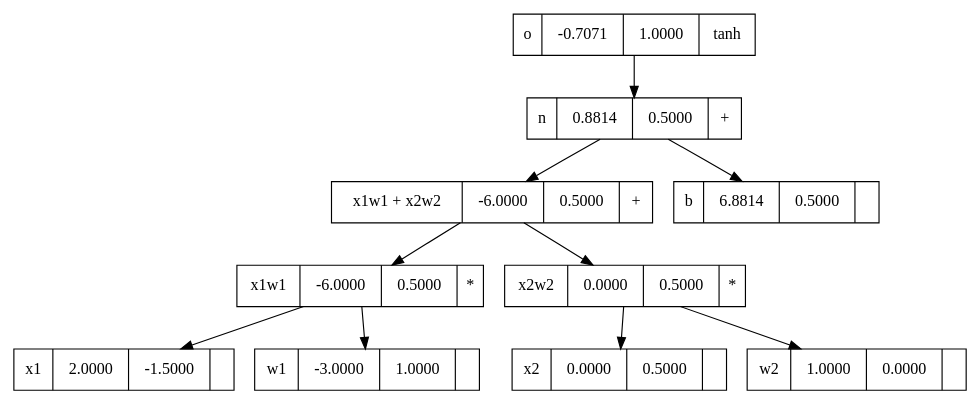
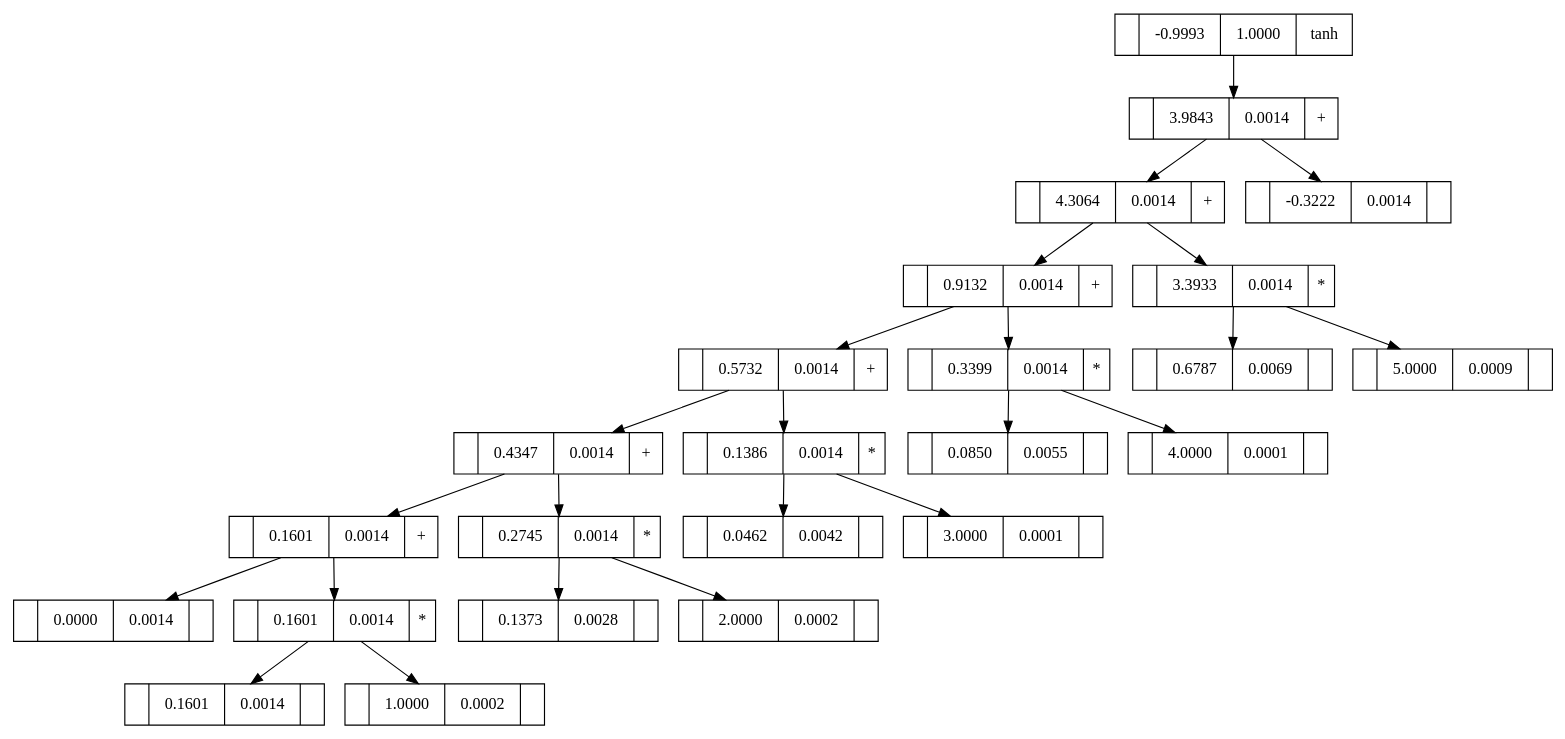
The diagram in graph.dot (gavi/micrograd_cs), drawn with Graphviz before and after one commit. The commit also changed 2 other files, not shown here.

```diff
--- a/graph.dot
+++ b/graph.dot
@@ -1,21 +1,49 @@
 digraph Micrograd { 
-	"368db4e5-c326-4a61-a257-a16bd6cb3056"[label="o|-0.7071|1.0000|tanh",shape=record]; 
-	"878d49e0-097a-45f2-baee-cfd4435af5c4"[label="n|0.8814|0.5000|+",shape=record]; 
-	"7fc4d226-8fc6-41f8-9491-c3a3167baaf2"[label="x1w1 + x2w2|-6.0000|0.5000|+",shape=record]; 
-	"76f8e777-cb60-45e5-ad1e-098ca1684314"[label="x1w1|-6.0000|0.5000|*",shape=record]; 
-	"0bdf9963-03c3-4d05-9937-0e0eba98ed0b"[label="x1|2.0000|-1.5000|",shape=record]; 
-	"76f8e777-cb60-45e5-ad1e-098ca1684314" -> "0bdf9963-03c3-4d05-9937-0e0eba98ed0b"; 
-	"567293ea-033e-46a7-9925-e96d0a7075d5"[label="w1|-3.0000|1.0000|",shape=record]; 
-	"76f8e777-cb60-45e5-ad1e-098ca1684314" -> "567293ea-033e-46a7-9925-e96d0a7075d5"; 
-	"7fc4d226-8fc6-41f8-9491-c3a3167baaf2" -> "76f8e777-cb60-45e5-ad1e-098ca1684314"; 
-	"170d911d-6346-4775-8a7a-774df7356fc0"[label="x2w2|0.0000|0.5000|*",shape=record]; 
-	"36a5df9e-3969-4263-ba65-61eafc747ad5"[label="x2|0.0000|0.5000|",shape=record]; 
-	"170d911d-6346-4775-8a7a-774df7356fc0" -> "36a5df9e-3969-4263-ba65-61eafc747ad5"; 
-	"dcd297c1-7e6d-47ff-ba0e-ea599e11cea1"[label="w2|1.0000|0.0000|",shape=record]; 
-	"170d911d-6346-4775-8a7a-774df7356fc0" -> "dcd297c1-7e6d-47ff-ba0e-ea599e11cea1"; 
-	"7fc4d226-8fc6-41f8-9491-c3a3167baaf2" -> "170d911d-6346-4775-8a7a-774df7356fc0"; 
-	"878d49e0-097a-45f2-baee-cfd4435af5c4" -> "7fc4d226-8fc6-41f8-9491-c3a3167baaf2"; 
-	"4ec68864-d973-4e8c-8758-1a70593001b0"[label="b|6.8814|0.5000|",shape=record]; 
-	"878d49e0-097a-45f2-baee-cfd4435af5c4" -> "4ec68864-d973-4e8c-8758-1a70593001b0"; 
-	"368db4e5-c326-4a61-a257-a16bd6cb3056" -> "878d49e0-097a-45f2-baee-cfd4435af5c4"; 
+	"36851dc5-9260-447a-9e71-2bdfcf327304"[label="|-0.9993|1.0000|tanh",shape=record]; 
+	"3b8c49cb-c996-41b3-9909-4fffd3eaa673"[label="|3.9843|0.0014|+",shape=record]; 
+	"01fad1bf-d1cc-46e0-a6b7-e0de0a911778"[label="|4.3064|0.0014|+",shape=record]; 
+	"8f2ee170-f077-4f57-b421-a3e494282851"[label="|0.9132|0.0014|+",shape=record]; 
+	"9f47a4c8-cd40-4e00-bf4c-0f3a948baf6b"[label="|0.5732|0.0014|+",shape=record]; 
+	"b695c9e2-d055-4b75-96e2-66bb41ec6195"[label="|0.4347|0.0014|+",shape=record]; 
+	"040e7918-87bc-4630-9660-072cfb1a1e89"[label="|0.1601|0.0014|+",shape=record]; 
+	"1071bc2b-9e29-4ee4-93c4-89fe94dbc833"[label="|0.0000|0.0014|",shape=record]; 
+	"040e7918-87bc-4630-9660-072cfb1a1e89" -> "1071bc2b-9e29-4ee4-93c4-89fe94dbc833"; 
+	"e9e4a5d6-e56a-4666-852a-d4dc4753b958"[label="|0.1601|0.0014|*",shape=record]; 
+	"fd8c6c46-989d-4efa-a3fe-d4e7935879b6"[label="|0.1601|0.0014|",shape=record]; 
+	"e9e4a5d6-e56a-4666-852a-d4dc4753b958" -> "fd8c6c46-989d-4efa-a3fe-d4e7935879b6"; 
+	"34c8427d-2c16-4e0c-a61a-64a6d4184420"[label="|1.0000|0.0002|",shape=record]; 
+	"e9e4a5d6-e56a-4666-852a-d4dc4753b958" -> "34c8427d-2c16-4e0c-a61a-64a6d4184420"; 
+	"040e7918-87bc-4630-9660-072cfb1a1e89" -> "e9e4a5d6-e56a-4666-852a-d4dc4753b958"; 
+	"b695c9e2-d055-4b75-96e2-66bb41ec6195" -> "040e7918-87bc-4630-9660-072cfb1a1e89"; 
+	"280918e6-9fef-4c7e-908f-ddb52691d2fa"[label="|0.2745|0.0014|*",shape=record]; 
+	"56b9b3c6-6787-46f0-bf74-4cee897043ab"[label="|0.1373|0.0028|",shape=record]; 
+	"280918e6-9fef-4c7e-908f-ddb52691d2fa" -> "56b9b3c6-6787-46f0-bf74-4cee897043ab"; 
+	"bbd26c02-e4db-4238-9cb3-3ef960c267cc"[label="|2.0000|0.0002|",shape=record]; 
+	"280918e6-9fef-4c7e-908f-ddb52691d2fa" -> "bbd26c02-e4db-4238-9cb3-3ef960c267cc"; 
+	"b695c9e2-d055-4b75-96e2-66bb41ec6195" -> "280918e6-9fef-4c7e-908f-ddb52691d2fa"; 
+	"9f47a4c8-cd40-4e00-bf4c-0f3a948baf6b" -> "b695c9e2-d055-4b75-96e2-66bb41ec6195"; 
+	"90920e07-383e-4d19-ac44-ba8d7f2dd510"[label="|0.1386|0.0014|*",shape=record]; 
+	"9562df2c-7c66-4234-b994-1adf4541649a"[label="|0.0462|0.0042|",shape=record]; 
+	"90920e07-383e-4d19-ac44-ba8d7f2dd510" -> "9562df2c-7c66-4234-b994-1adf4541649a"; 
+	"48de950c-3f78-48a5-b344-466a6f744038"[label="|3.0000|0.0001|",shape=record]; 
+	"90920e07-383e-4d19-ac44-ba8d7f2dd510" -> "48de950c-3f78-48a5-b344-466a6f744038"; 
+	"9f47a4c8-cd40-4e00-bf4c-0f3a948baf6b" -> "90920e07-383e-4d19-ac44-ba8d7f2dd510"; 
+	"8f2ee170-f077-4f57-b421-a3e494282851" -> "9f47a4c8-cd40-4e00-bf4c-0f3a948baf6b"; 
+	"41eed2e2-f96b-4fb2-91eb-e604f6ad32a2"[label="|0.3399|0.0014|*",shape=record]; 
+	"6849159a-281b-481f-8f8b-729b80677895"[label="|0.0850|0.0055|",shape=record]; 
+	"41eed2e2-f96b-4fb2-91eb-e604f6ad32a2" -> "6849159a-281b-481f-8f8b-729b80677895"; 
+	"289a8a3f-1985-4649-863f-aaa084e1289a"[label="|4.0000|0.0001|",shape=record]; 
+	"41eed2e2-f96b-4fb2-91eb-e604f6ad32a2" -> "289a8a3f-1985-4649-863f-aaa084e1289a"; 
+	"8f2ee170-f077-4f57-b421-a3e494282851" -> "41eed2e2-f96b-4fb2-91eb-e604f6ad32a2"; 
+	"01fad1bf-d1cc-46e0-a6b7-e0de0a911778" -> "8f2ee170-f077-4f57-b421-a3e494282851"; 
+	"6c7a3e8c-6786-4dea-a619-e92bd7177034"[label="|3.3933|0.0014|*",shape=record]; 
+	"fe5666c3-f029-4135-914b-a83152f985d6"[label="|0.6787|0.0069|",shape=record]; 
+	"6c7a3e8c-6786-4dea-a619-e92bd7177034" -> "fe5666c3-f029-4135-914b-a83152f985d6"; 
+	"c0a2b806-9764-48c5-8f0b-1a91241c060c"[label="|5.0000|0.0009|",shape=record]; 
+	"6c7a3e8c-6786-4dea-a619-e92bd7177034" -> "c0a2b806-9764-48c5-8f0b-1a91241c060c"; 
+	"01fad1bf-d1cc-46e0-a6b7-e0de0a911778" -> "6c7a3e8c-6786-4dea-a619-e92bd7177034"; 
+	"3b8c49cb-c996-41b3-9909-4fffd3eaa673" -> "01fad1bf-d1cc-46e0-a6b7-e0de0a911778"; 
+	"d7db1759-92c5-420f-916b-dd1188c6289a"[label="|-0.3222|0.0014|",shape=record]; 
+	"3b8c49cb-c996-41b3-9909-4fffd3eaa673" -> "d7db1759-92c5-420f-916b-dd1188c6289a"; 
+	"36851dc5-9260-447a-9e71-2bdfcf327304" -> "3b8c49cb-c996-41b3-9909-4fffd3eaa673"; 
 }
```
